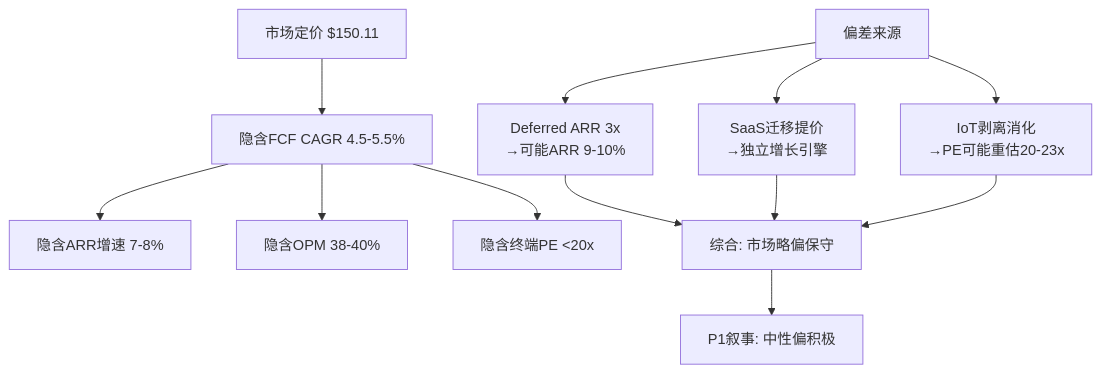
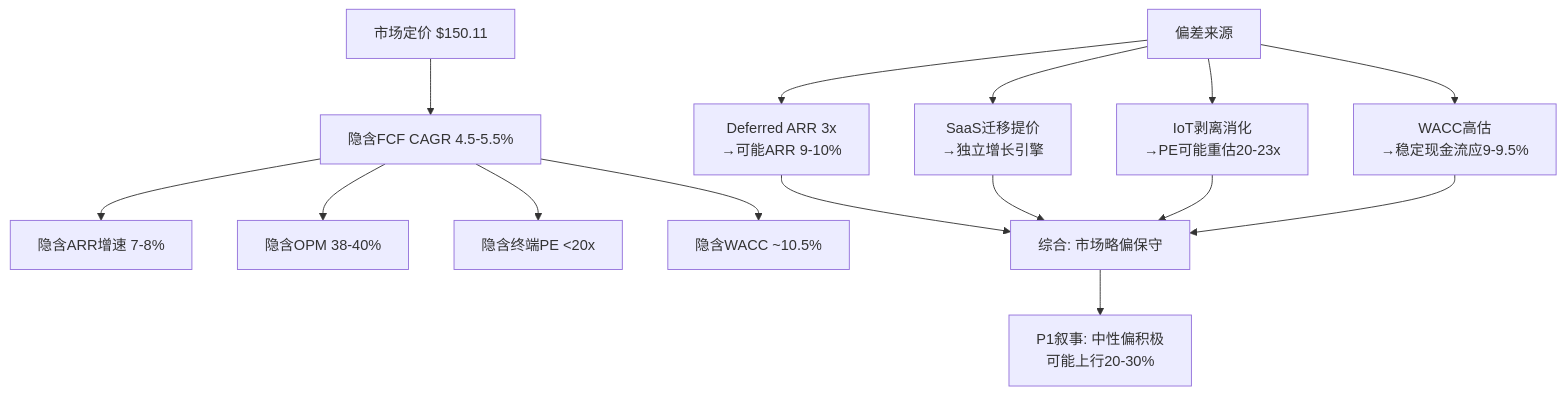
Before and after one commit to miltonnewyork25-afk/investment-master: the first of 3 diagrams in reports/PTC/staging/phase1_part0.md, drawn with Mermaid. The commit also changed other lines of this file and 2 other files, not shown here.

````diff
--- a/reports/PTC/staging/phase1_part0.md
+++ b/reports/PTC/staging/phase1_part0.md
@@ -111,16 +158,19 @@
 ```mermaid
 graph TB
     A["市场定价 $150.11"] --> B["隐含FCF CAGR 4.5-5.5%"]
     B --> C["隐含ARR增速 7-8%"]
     B --> D["隐含OPM 38-40%"]
     B --> E["隐含终端PE <20x"]
+    B --> F["隐含WACC ~10.5%"]
 
-    F["偏差来源"] --> G["Deferred ARR 3x<br>→可能ARR 9-10%"]
-    F --> H["SaaS迁移提价<br>→独立增长引擎"]
-    F --> I["IoT剥离消化<br>→PE可能重估20-23x"]
+    G["偏差来源"] --> H["Deferred ARR 3x<br>→可能ARR 9-10%"]
+    G --> I["SaaS迁移提价<br>→独立增长引擎"]
+    G --> J["IoT剥离消化<br>→PE可能重估20-23x"]
+    G --> K["WACC高估<br>→稳定现金流应9-9.5%"]
 
-    G --> J["综合: 市场略偏保守"]
-    H --> J
-    I --> J
-    J --> K["P1叙事: 中性偏积极"]
+    H --> L["综合: 市场略偏保守"]
+    I --> L
+    J --> L
+    K --> L
+    L --> M["P1叙事: 中性偏积极<br>可能上行20-30%"]
 ```
````
